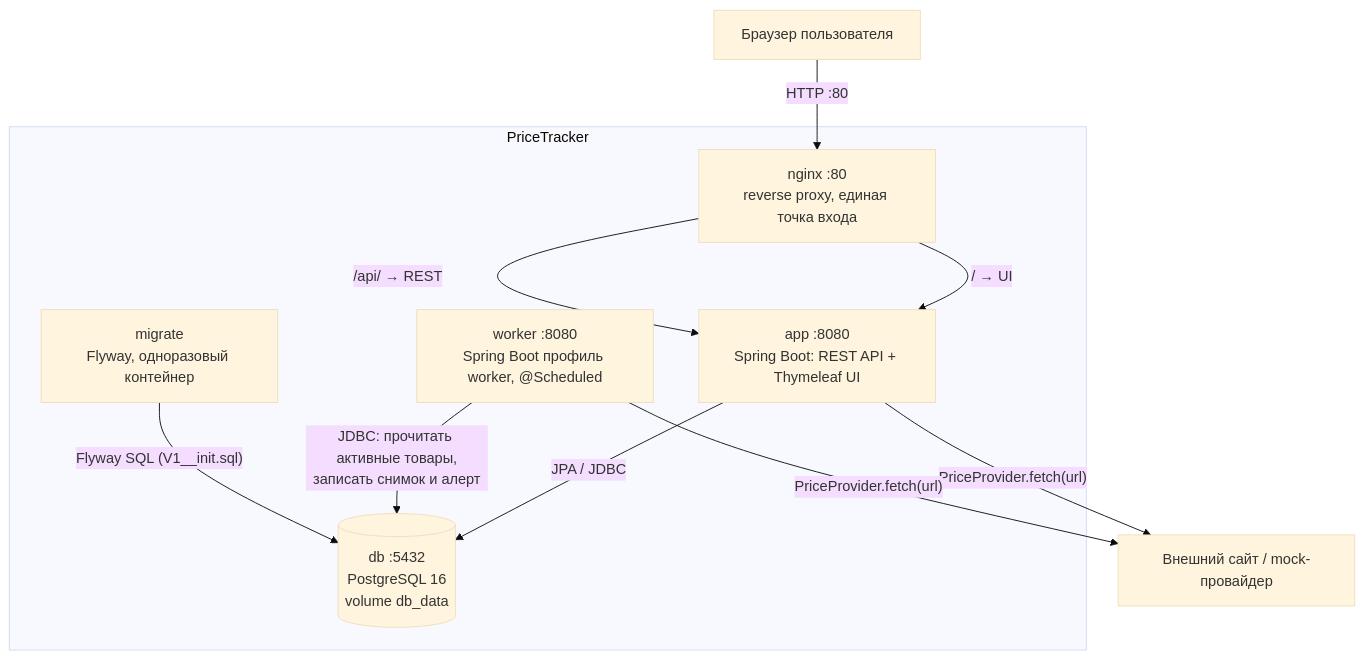
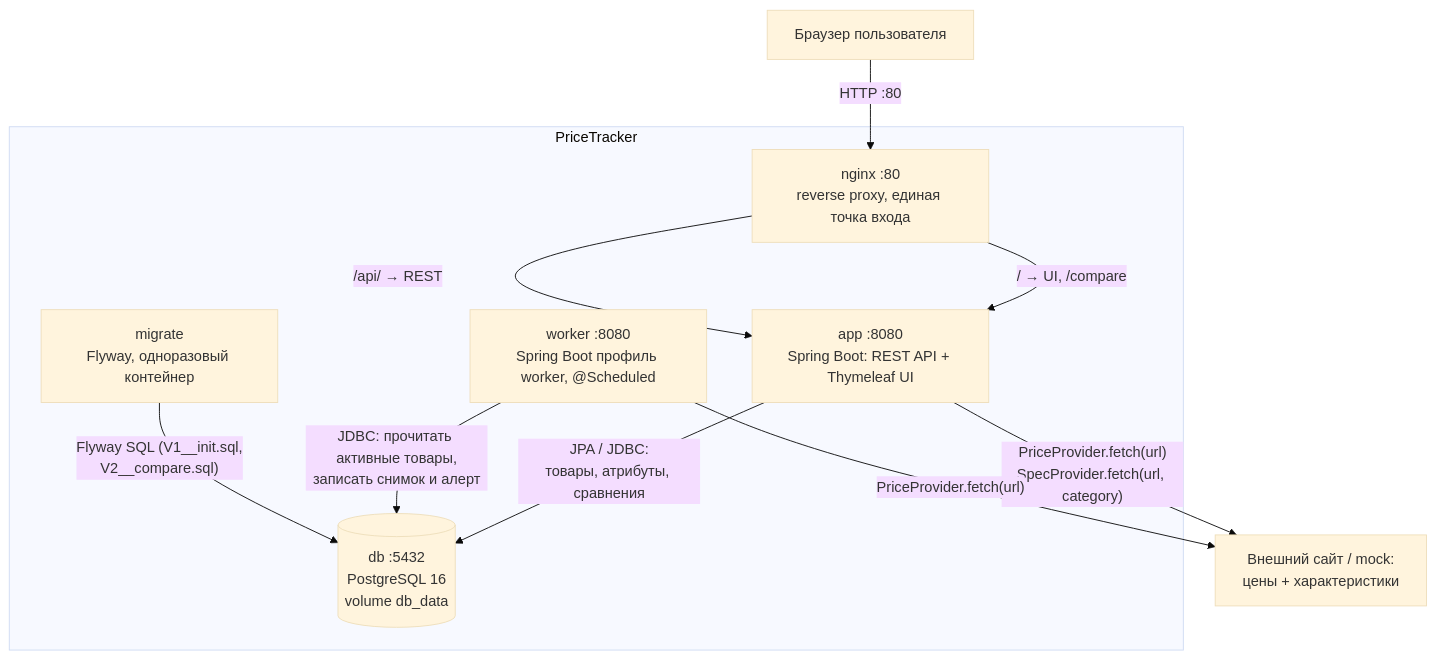
One commit to brawlat12344-ops/pricetracker changed the second of 4 diagrams in docs/c4.md. Above: the diagram before and after it, drawn with Mermaid (base theme). The commit also changed other lines of this file and 30 other files, not shown here.

Commit message:
Add multi-category product comparison with spec providers

````diff
--- a/docs/c4.md
+++ b/docs/c4.md
@@ -27,23 +28,23 @@
 ```mermaid
 flowchart TB
     U["Браузер пользователя"]
 
     subgraph SYSTEM["PriceTracker"]
         NG["nginx :80<br/>reverse proxy, единая точка входа"]
         APP["app :8080<br/>Spring Boot: REST API + Thymeleaf UI"]
         WRK["worker :8080<br/>Spring Boot профиль worker, @Scheduled"]
         MIG["migrate<br/>Flyway, одноразовый контейнер"]
         DB[("db :5432<br/>PostgreSQL 16<br/>volume db_data")]
     end
 
-    EXT["Внешний сайт / mock-провайдер"]
+    EXT["Внешний сайт / mock:<br/>цены + характеристики"]
 
     U -->|HTTP :80| NG
-    NG -->|"/ → UI"| APP
+    NG -->|"/ → UI, /compare"| APP
     NG -->|"/api/ → REST"| APP
-    APP -->|"JPA / JDBC"| DB
+    APP -->|"JPA / JDBC:<br/>товары, атрибуты, сравнения"| DB
     WRK -->|"JDBC: прочитать активные товары,<br/>записать снимок и алерт"| DB
-    MIG -->|"Flyway SQL (V1__init.sql)"| DB
-    APP -->|"PriceProvider.fetch(url)"| EXT
+    MIG -->|"Flyway SQL (V1__init.sql,<br/>V2__compare.sql)"| DB
+    APP -->|"PriceProvider.fetch(url)<br/>SpecProvider.fetch(url, category)"| EXT
     WRK -->|"PriceProvider.fetch(url)"| EXT
 ```
````
